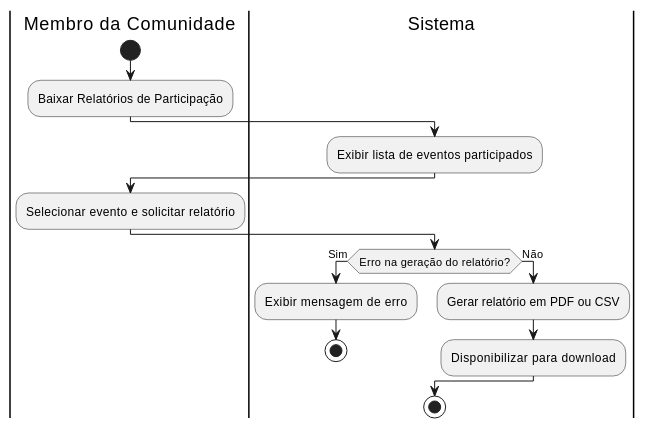
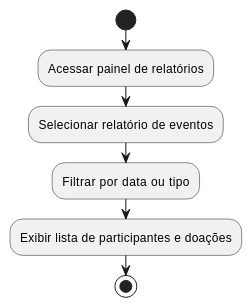
One commit to agu3des/CommunityLink changed diagram 12 of 16 in aps/specs/diagrama-de-atividades/uml_diagrama_atividades.md. Above: the diagram before and after it, drawn with PlantUML. The commit also changed other lines of this file and 28 other files, not shown here.

```diff
--- a/aps/specs/diagrama-de-atividades/uml_diagrama_atividades.md
+++ b/aps/specs/diagrama-de-atividades/uml_diagrama_atividades.md
@@ -303,18 +345,8 @@
 @startuml
-|Membro da Comunidade|
 start
-:Baixar Relatórios de Participação;
-|Sistema|
-:Exibir lista de eventos participados;
-|Membro da Comunidade|
-:Selecionar evento e solicitar relatório;
-|Sistema|
-if (Erro na geração do relatório?) then (Sim)
-    :Exibir mensagem de erro;
-    stop
-else (Não)
-    :Gerar relatório em PDF ou CSV;
-    :Disponibilizar para download;
-endif
+:Acessar painel de relatórios;
+:Selecionar relatório de eventos;
+:Filtrar por data ou tipo;
+:Exibir lista de participantes e doações;
 stop
 @enduml
```
